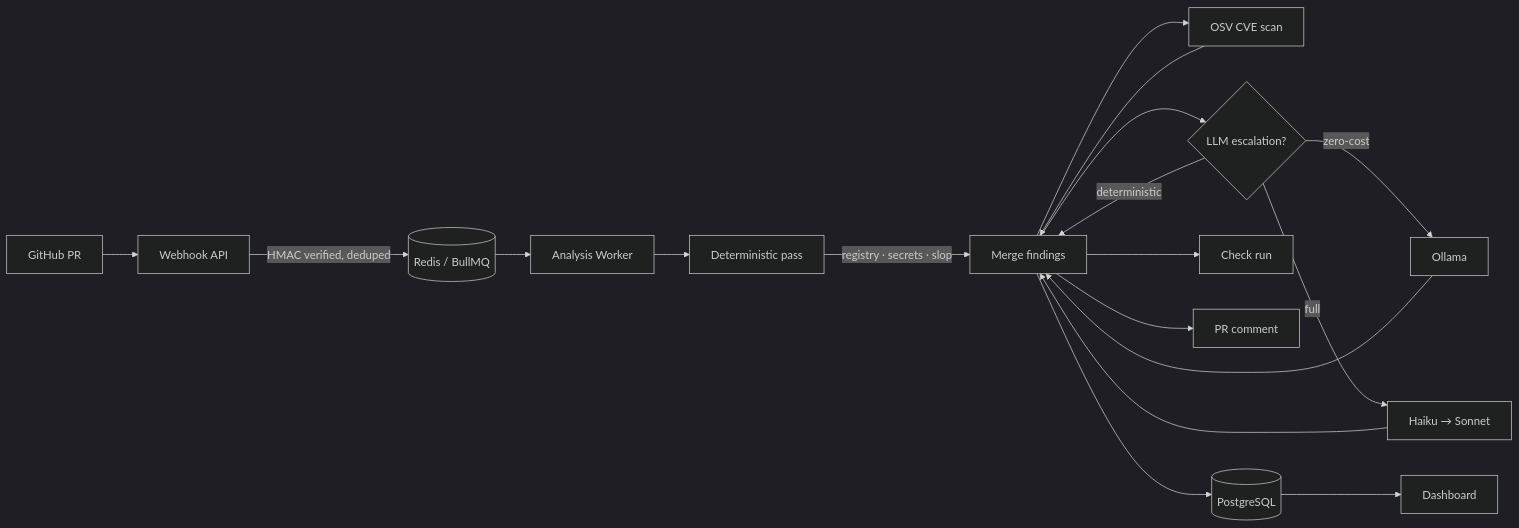
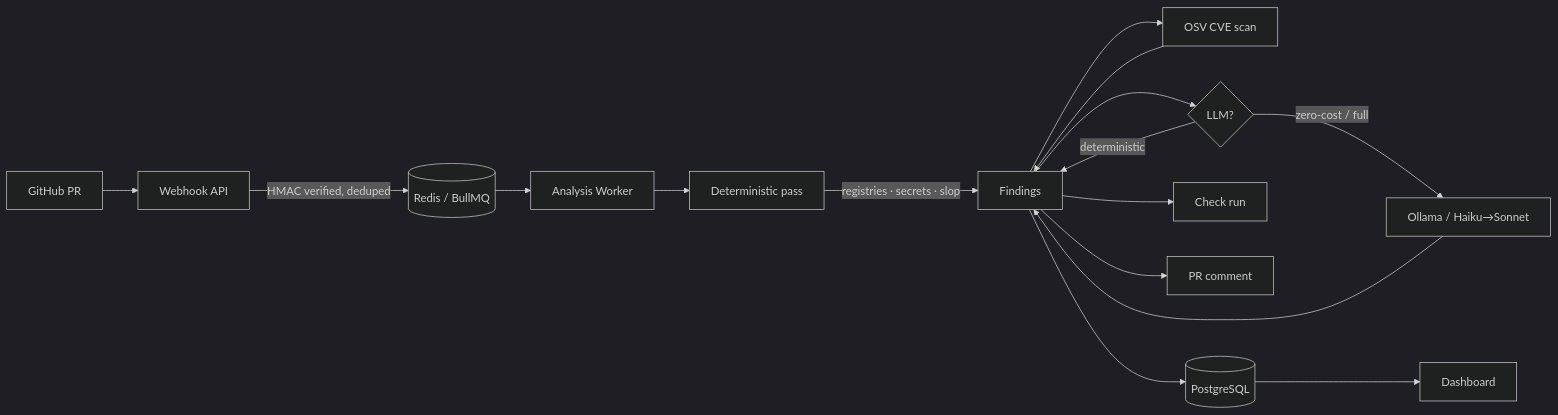
The diagram in README.md (0-uddeshya-0/Vouch), drawn with Mermaid (dark theme) before and after one commit. The commit also changed other lines of this file and 9 other files, not shown here.

````diff
--- a/README.md
+++ b/README.md
@@ -117,18 +114,15 @@
 ```mermaid
 flowchart LR
   GH[GitHub PR] --> WH[Webhook API]
   WH -->|HMAC verified, deduped| Q[(Redis / BullMQ)]
   Q --> W[Analysis Worker]
-
   W --> D[Deterministic pass]
-  D -->|registry · secrets · slop| M[Merge findings]
+  D -->|registries · secrets · slop| M[Findings]
   M --> O[OSV CVE scan] --> M
-  M --> L{LLM escalation?}
+  M --> L{LLM?}
   L -->|deterministic| M
-  L -->|zero-cost| OL[Ollama] --> M
-  L -->|full| AI[Haiku → Sonnet] --> M
-
+  L -->|zero-cost / full| AI[Ollama / Haiku→Sonnet] --> M
   M --> CR[Check run]
   M --> CM[PR comment]
   M --> DB[(PostgreSQL)] --> DASH[Dashboard]
 ```
````
